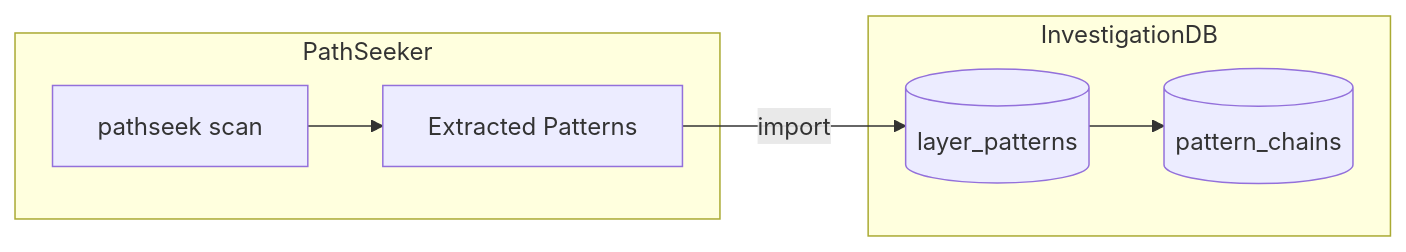
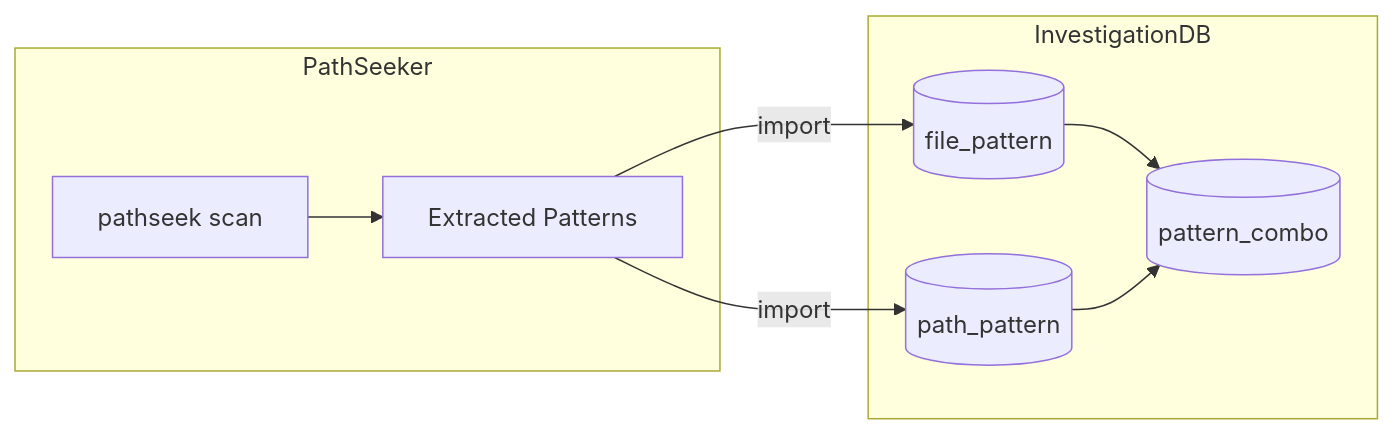
Before and after one commit to ThanuMahee12/AgentContext: the diagram in docs/ideas/investigation-db.md, drawn with Mermaid. The commit also changed other lines of this file, not shown here.

Commit message:
docs: add full alchmydb schema with servers, services, patterns

````diff
--- a/docs/ideas/investigation-db.md
+++ b/docs/ideas/investigation-db.md
@@ -747,16 +792,19 @@
 ```mermaid
 flowchart LR
     subgraph PathSeeker
         PS[pathseek scan]
         PAT[Extracted Patterns]
     end
 
     subgraph InvestigationDB
-        LP[(layer_patterns)]
-        PC[(pattern_chains)]
+        FP[(file_pattern)]
+        PP[(path_pattern)]
+        PC[(pattern_combo)]
     end
 
     PS --> PAT
-    PAT -->|"import"| LP
-    LP --> PC
+    PAT -->|"import"| FP
+    PAT -->|"import"| PP
+    FP --> PC
+    PP --> PC
 ```
````
